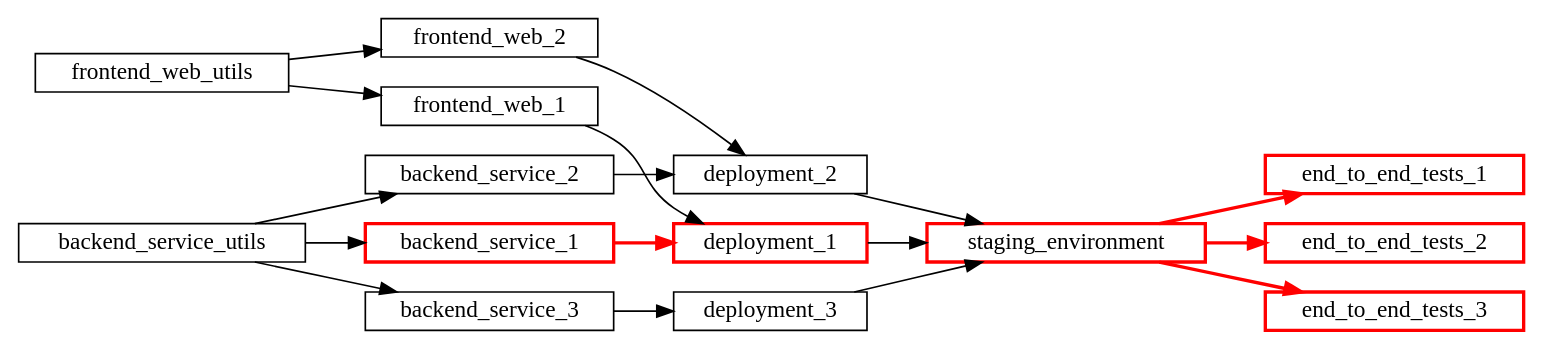
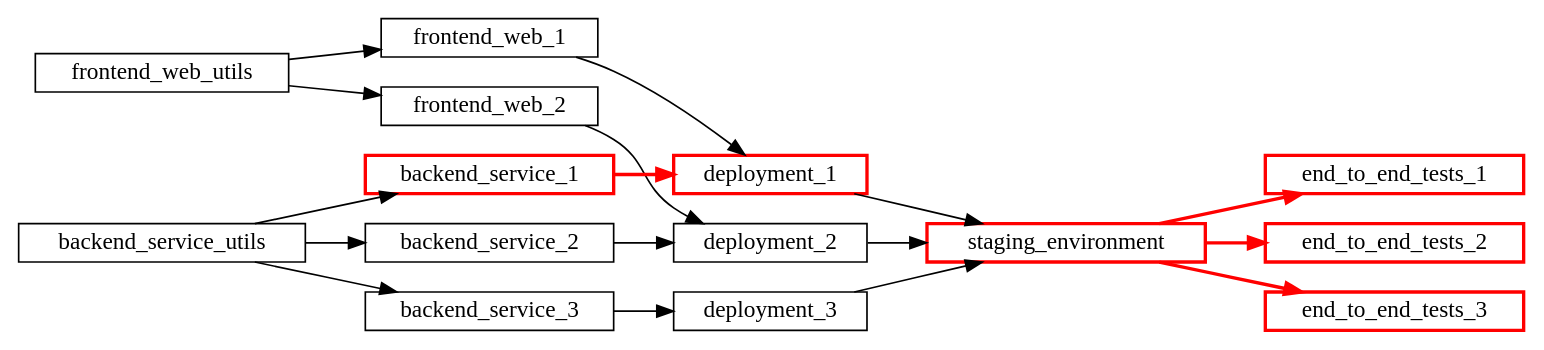
Before and after one commit to com-lihaoyi/mill: the fourth of 7 diagrams in blog/modules/ROOT/pages/3-selective-test-execution.adoc, drawn with Graphviz. The commit also changed other lines of this file, not shown here.

````diff
--- a/blog/modules/ROOT/pages/3-selective-test-execution.adoc
+++ b/blog/modules/ROOT/pages/3-selective-test-execution.adoc
@@ -227,27 +232,28 @@
 ```graphviz
 digraph G {
   rankdir=LR
   node [shape=box width=0 height=0 style=filled fillcolor=white]
 
+  frontend_web_utils -> frontend_web_2 -> deployment_2
   frontend_web_utils -> frontend_web_1 -> deployment_1
-  frontend_web_utils -> frontend_web_2 -> deployment_2
+
   backend_service_utils -> backend_service_1
   backend_service_1 [color=red, penwidth=2]
   deployment_1 [color=red, penwidth=2]
   backend_service_1 -> deployment_1 [color=red, penwidth=2]
   backend_service_utils -> backend_service_2 -> deployment_2
   backend_service_utils -> backend_service_3 -> deployment_3
 
   deployment_1 -> staging_environment
   deployment_2 -> staging_environment
   deployment_3 -> staging_environment
   staging_environment [color=red, penwidth=2]
   end_to_end_tests_1 [color=red, penwidth=2]
   end_to_end_tests_2 [color=red, penwidth=2]
   end_to_end_tests_3 [color=red, penwidth=2]
 
   staging_environment -> end_to_end_tests_1 [color=red, penwidth=2]
   staging_environment -> end_to_end_tests_2 [color=red, penwidth=2]
   staging_environment -> end_to_end_tests_3 [color=red, penwidth=2]
 }
 ```
````
